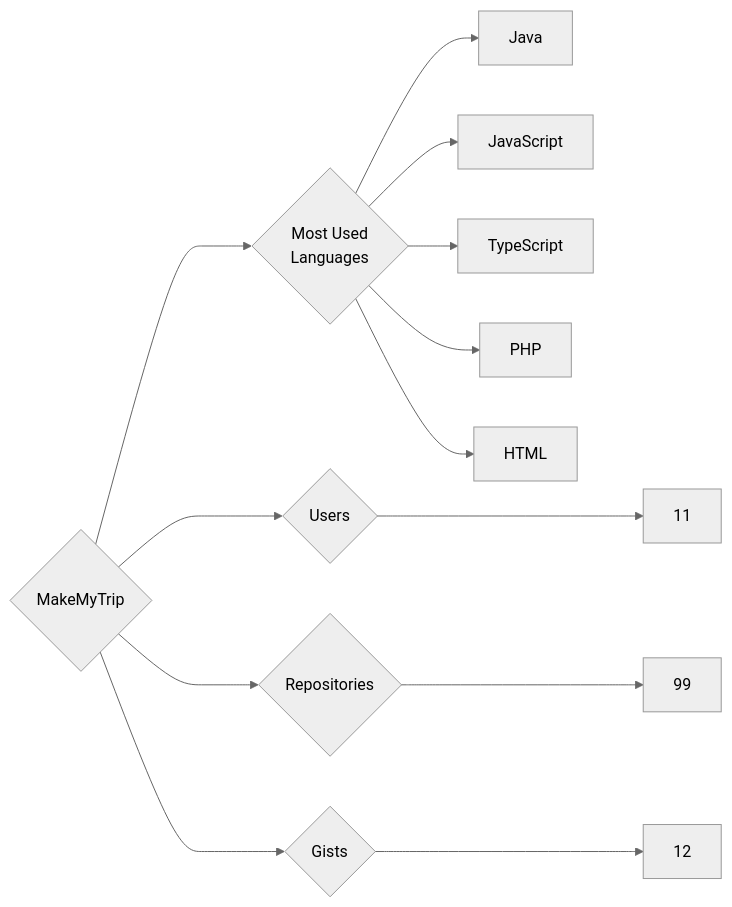
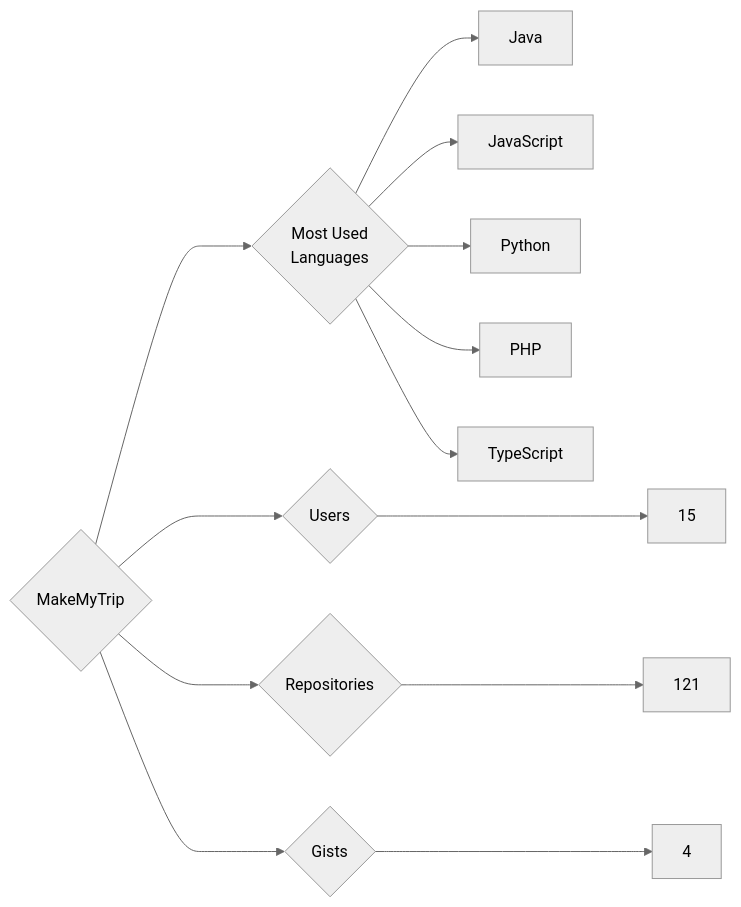
The diagram in targets/MakeMyTrip/README.md (trickest/insiders), drawn with Mermaid (neutral theme) before and after one commit. The commit also changed 1479 other files, not shown here.

````diff
--- a/targets/MakeMyTrip/README.md
+++ b/targets/MakeMyTrip/README.md
@@ -3,13 +3,13 @@
 ```mermaid
 graph LR
 COMPANY_NAME{MakeMyTrip}
-COMPANY_NAME ---> U{Users} ---> UN[11]
-COMPANY_NAME ---> R{Repositories} ---> RN[99]
-COMPANY_NAME ---> G{Gists} ---> GN[12]
+COMPANY_NAME ---> U{Users} ---> UN[15]
+COMPANY_NAME ---> R{Repositories} ---> RN[121]
+COMPANY_NAME ---> G{Gists} ---> GN[4]
 COMPANY_NAME ---> ML{Most Used<br>Languages}
 ML --> Java[Java]
 ML --> JavaScript[JavaScript]
+ML --> Python[Python]
+ML --> PHP[PHP]
 ML --> TypeScript[TypeScript]
-ML --> PHP[PHP]
-ML --> HTML[HTML]
 ```
````
